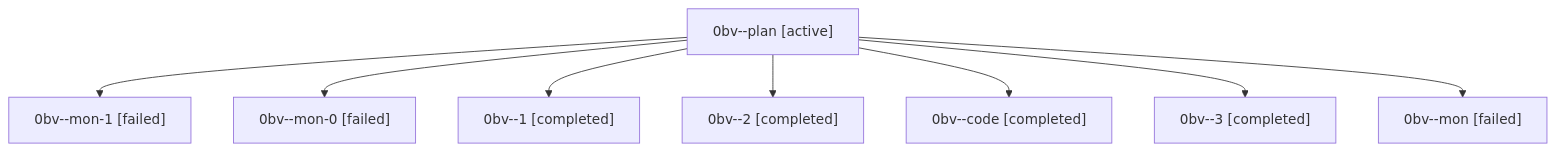
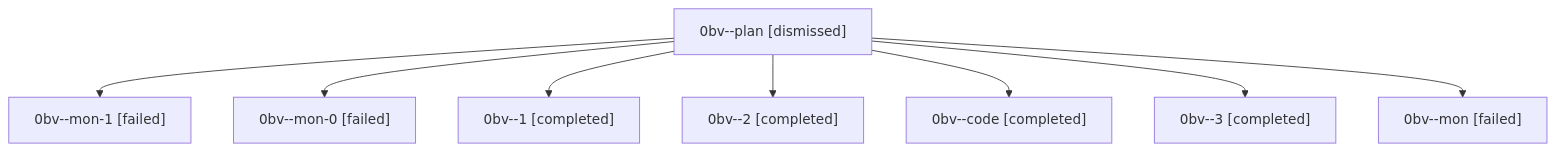
One commit to sase-org/sase--agents changed the diagram in sessions/bbugyi200.athena.0bv.md. Above: the diagram before and after it, drawn with Mermaid. The commit also changed other lines of this file and 29 other files, not shown here.

````diff
--- a/sessions/bbugyi200.athena.0bv.md
+++ b/sessions/bbugyi200.athena.0bv.md
@@ -9,18 +9,18 @@
 ```mermaid
 flowchart TD
-  n0["0bv--plan [active]"]
+  n0["0bv--plan [dismissed]"]
   n1["0bv--mon-1 [failed]"]
   n0 --> n1
   n2["0bv--mon-0 [failed]"]
   n0 --> n2
   n3["0bv--1 [completed]"]
   n0 --> n3
   n4["0bv--2 [completed]"]
   n0 --> n4
   n5["0bv--code [completed]"]
   n0 --> n5
   n6["0bv--3 [completed]"]
   n0 --> n6
   n7["0bv--mon [failed]"]
   n0 --> n7
 ```
````
